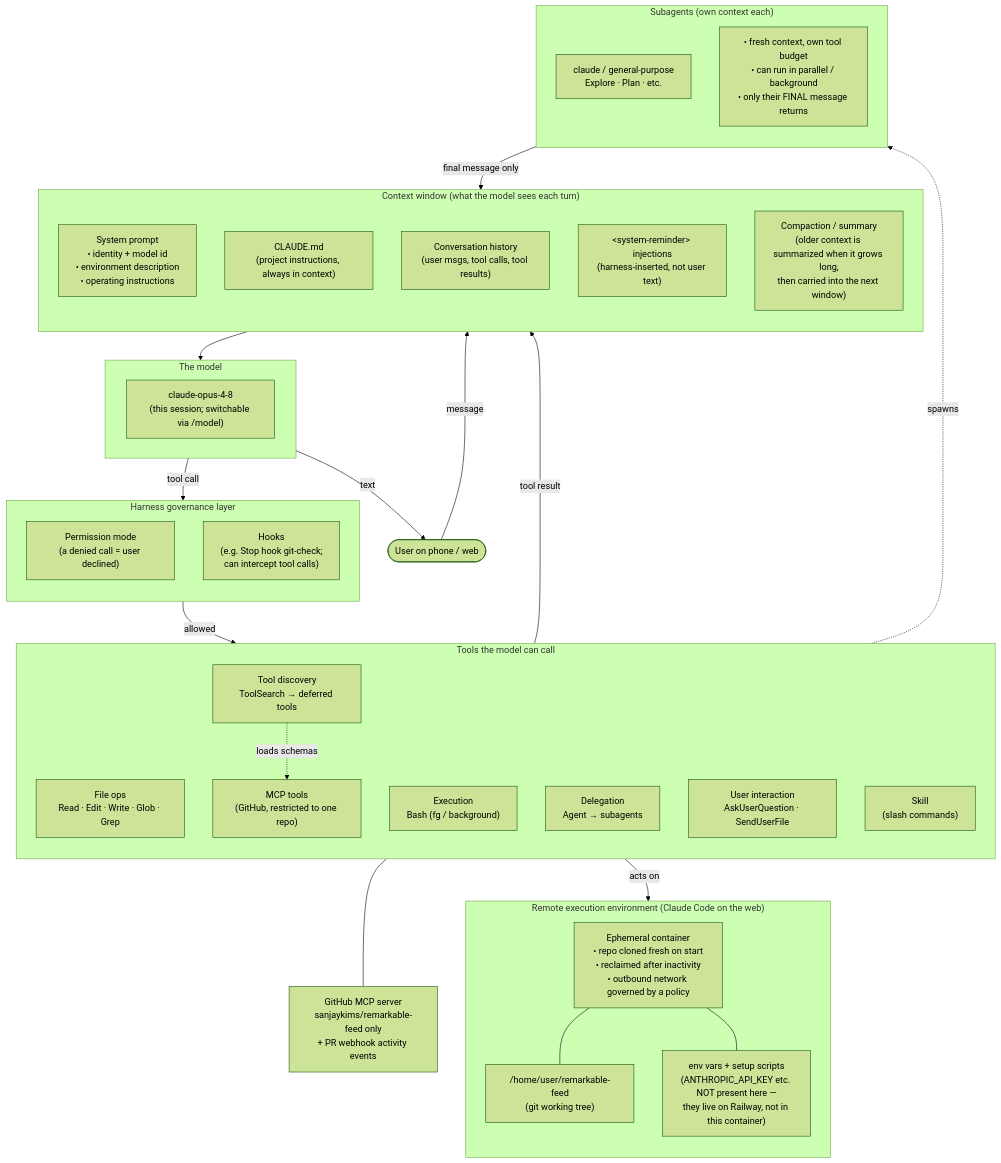
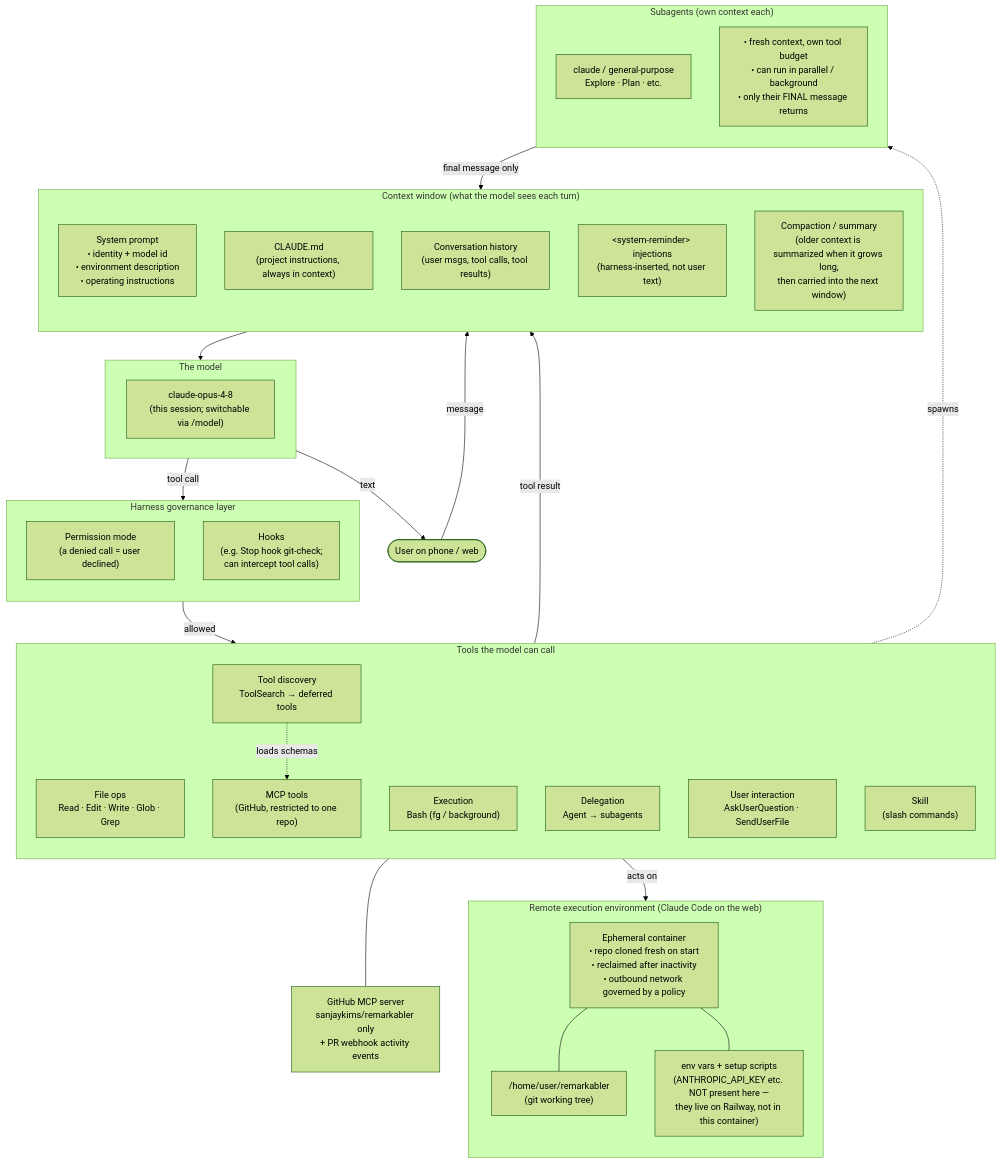
Before and after one commit to sanjaykims/remarkabler: the diagram in docs/claude-harness.md, drawn with Mermaid (forest theme). The commit also changed other lines of this file and 5 other files, not shown here.

First line of the commit message:
Update repo-name references after GitHub rename to remarkabler

````diff
--- a/docs/claude-harness.md
+++ b/docs/claude-harness.md
@@ -21,61 +21,61 @@
 ```mermaid
 flowchart TB
     subgraph ENV["Remote execution environment (Claude Code on the web)"]
         direction TB
         CONTAINER["Ephemeral container<br/>• repo cloned fresh on start<br/>• reclaimed after inactivity<br/>• outbound network governed by a policy"]
-        REPO["/home/user/remarkable-feed<br/>(git working tree)"]
+        REPO["/home/user/remarkabler<br/>(git working tree)"]
         ENVVARS["env vars + setup scripts<br/>(ANTHROPIC_API_KEY etc. NOT present here —<br/>they live on Railway, not in this container)"]
         CONTAINER --- REPO
         CONTAINER --- ENVVARS
     end
 
     subgraph CTX["Context window (what the model sees each turn)"]
         direction TB
         SYS["System prompt<br/>• identity + model id<br/>• environment description<br/>• operating instructions"]
         CLAUDEMD["CLAUDE.md<br/>(project instructions, always in context)"]
         HIST["Conversation history<br/>(user msgs, tool calls, tool results)"]
         REMINDERS["&lt;system-reminder&gt; injections<br/>(harness-inserted, not user text)"]
         SUMMARY["Compaction / summary<br/>(older context is summarized when it grows long,<br/>then carried into the next window)"]
     end
 
     subgraph MODEL["The model"]
         OPUS["claude-opus-4-8<br/>(this session; switchable via /model)"]
     end
 
     subgraph TOOLS["Tools the model can call"]
         direction TB
         FILE["File ops<br/>Read · Edit · Write · Glob · Grep"]
         EXEC["Execution<br/>Bash (fg / background)"]
         DELEGATE["Delegation<br/>Agent → subagents"]
         ASK["User interaction<br/>AskUserQuestion · SendUserFile"]
         DISCOVER["Tool discovery<br/>ToolSearch → deferred tools"]
         SKILLS["Skill<br/>(slash commands)"]
         MCP["MCP tools<br/>(GitHub, restricted to one repo)"]
     end
 
     subgraph GOVERN["Harness governance layer"]
         direction TB
         PERMS["Permission mode<br/>(a denied call = user declined)"]
         HOOKS["Hooks<br/>(e.g. Stop hook git-check;<br/>can intercept tool calls)"]
     end
 
     USER([User on phone / web]) -->|message| CTX
     CTX --> MODEL
     MODEL -->|tool call| GOVERN
     GOVERN -->|allowed| TOOLS
     TOOLS -->|acts on| ENV
     TOOLS -->|tool result| CTX
     MODEL -->|text| USER
 
     DELEGATE -.spawns.-> SUBA
     DISCOVER -.loads schemas.-> MCP
 
     subgraph SUBA["Subagents (own context each)"]
         direction TB
         SA1["claude / general-purpose<br/>Explore · Plan · etc."]
         NOTE["• fresh context, own tool budget<br/>• can run in parallel / background<br/>• only their FINAL message returns"]
     end
 
     SUBA -->|final message only| CTX
-    MCP --- GH["GitHub MCP server<br/>sanjaykims/remarkable-feed only<br/>+ PR webhook activity events"]
+    MCP --- GH["GitHub MCP server<br/>sanjaykims/remarkabler only<br/>+ PR webhook activity events"]
 ```
````
